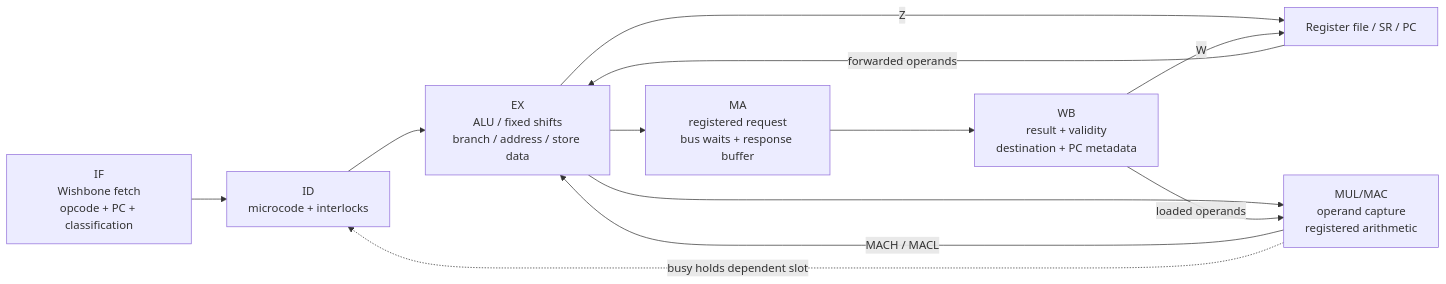
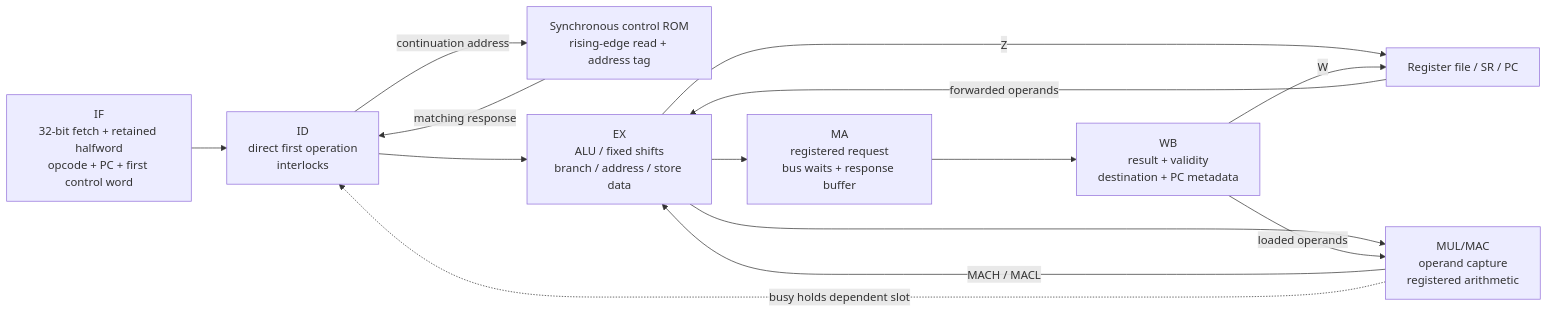
Before and after one commit to PreviousVOD/VexJ2: the diagram in docs/sh2-pipeline.md, drawn with Mermaid. The commit also changed other lines of this file and 27 other files, not shown here.

First line of the commit message:
Add hybrid SH-2 decode and buffered word instruction fetch

````diff
--- a/docs/sh2-pipeline.md
+++ b/docs/sh2-pipeline.md
@@ -12,14 +12,16 @@
 ```mermaid
 flowchart LR
-  I["IF<br/>Wishbone fetch<br/>opcode + PC + classification"] --> D["ID<br/>microcode + interlocks"]
+  I["IF<br/>32-bit fetch + retained halfword<br/>opcode + PC + first control word"] --> D["ID<br/>direct first operation<br/>interlocks"]
+  D -->|continuation address| C["Synchronous control ROM<br/>rising-edge read + address tag"]
+  C -->|matching response| D
   D --> E["EX<br/>ALU / fixed shifts<br/>branch / address / store data"]
   E --> M["MA<br/>registered request<br/>bus waits + response buffer"]
   M --> W["WB<br/>result + validity<br/>destination + PC metadata"]
   E -->|Z| R["Register file / SR / PC"]
   W -->|W| R
   R -->|forwarded operands| E
   E --> U["MUL/MAC<br/>operand capture<br/>registered arithmetic"]
   W -->|loaded operands| U
   U -->|MACH / MACL| E
   U -. busy holds dependent slot .-> D
 ```
````
